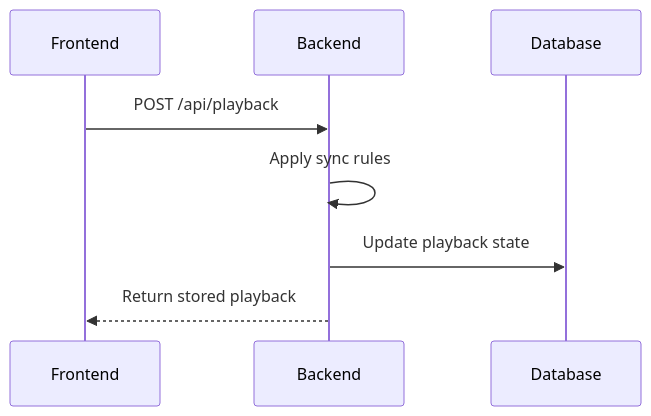
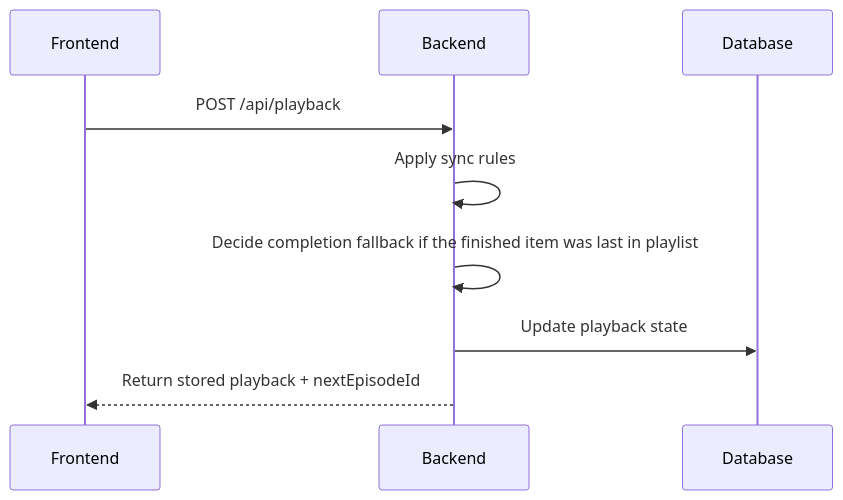
The fifth of 5 diagrams in docs/architecture.md (alnat2/mpod), drawn with Mermaid before and after one commit. The commit also changed 2 other files, not shown here.

Commit message:
docs(playback): document completion fallback response

````diff
--- a/docs/architecture.md
+++ b/docs/architecture.md
@@ -376,11 +376,12 @@
 ```mermaid
 sequenceDiagram
   participant F as Frontend
   participant B as Backend
   participant D as Database
 
   F->>B: POST /api/playback
   B->>B: Apply sync rules
+  B->>B: Decide completion fallback if the finished item was last in playlist
   B->>D: Update playback state
-  B-->>F: Return stored playback
+  B-->>F: Return stored playback + nextEpisodeId
 ```
````
